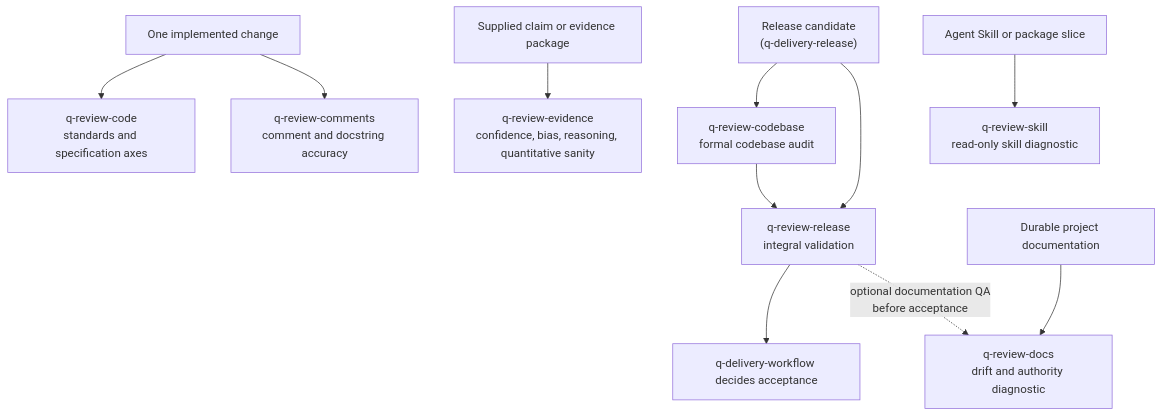
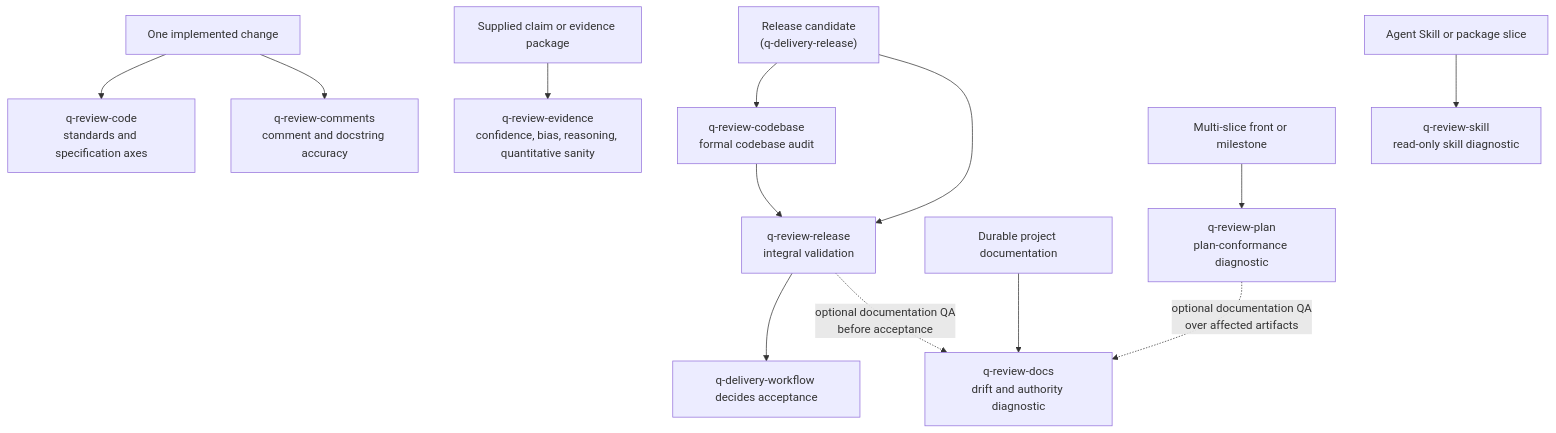
Before and after one commit to flaviogragnolati/ai-workflow: the diagram in skills/review/README.md, drawn with Mermaid. The commit also changed other lines of this file and 9 other files, not shown here.

Commit message:
feat: added review-plan skill to review flow

````diff
--- a/skills/review/README.md
+++ b/skills/review/README.md
@@ -9,13 +9,15 @@
 ```mermaid
 flowchart TB
     CH["One implemented change"] --> RC["q-review-code<br/>standards and specification axes"]
     CH --> RM["q-review-comments<br/>comment and docstring accuracy"]
     REL["Release candidate<br/>(q-delivery-release)"] --> RB["q-review-codebase<br/>formal codebase audit"]
     RB --> RR["q-review-release<br/>integral validation"]
     REL --> RR
     RR --> DW["q-delivery-workflow decides acceptance"]
     DOC["Durable project documentation"] --> RD["q-review-docs<br/>drift and authority diagnostic"]
     RR -. "optional documentation QA<br/>before acceptance" .-> RD
     EV["Supplied claim or evidence package"] --> RE["q-review-evidence<br/>confidence, bias, reasoning, quantitative sanity"]
     SK["Agent Skill or package slice"] --> RS["q-review-skill<br/>read-only skill diagnostic"]
+    MS["Multi-slice front or milestone"] --> RP["q-review-plan<br/>plan-conformance diagnostic"]
+    RP -. "optional documentation QA<br/>over affected artifacts" .-> RD
 ```
````
